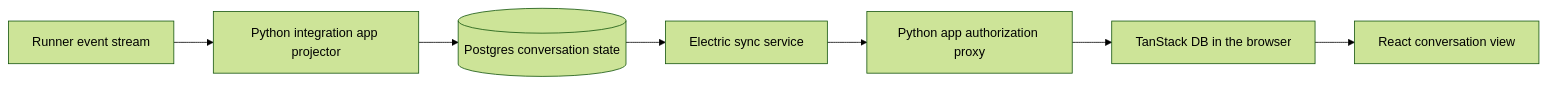
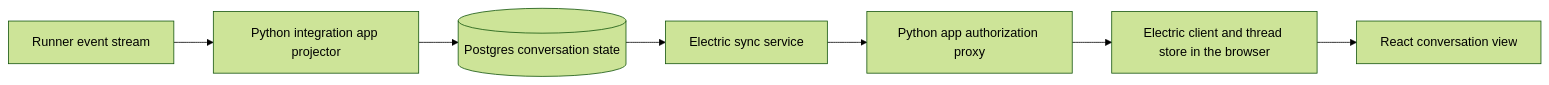
One commit to agentydragon/ducktape changed the diagram in agentplane/docs/thread_view_sync.md. Above: the diagram before and after it, drawn with Mermaid (forest theme). The commit also changed other lines of this file and 25 other files, not shown here.

````diff
--- a/agentplane/docs/thread_view_sync.md
+++ b/agentplane/docs/thread_view_sync.md
@@ -202,9 +210,9 @@
 ```mermaid
 flowchart LR
     runner[Runner event stream] --> app[Python integration app projector]
     app --> pg[(Postgres conversation state)]
     pg --> electric[Electric sync service]
     electric --> proxy[Python app authorization proxy]
-    proxy --> client[TanStack DB in the browser]
+    proxy --> client[Electric client and thread store in the browser]
     client --> react[React conversation view]
 ```
````
